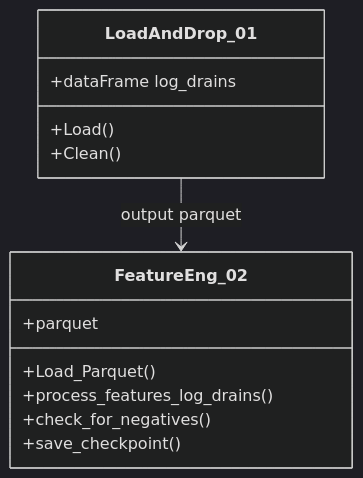
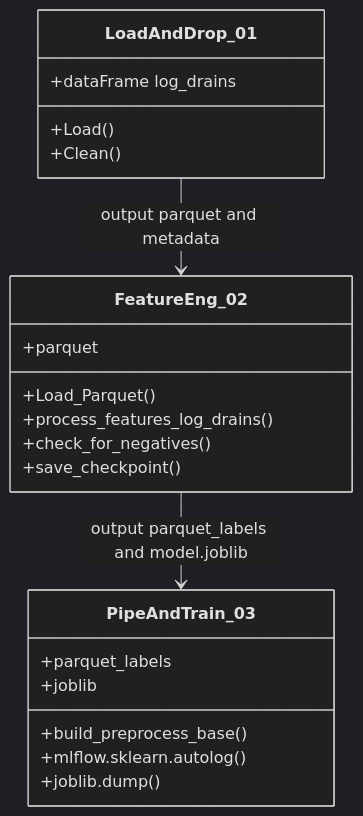
One commit to Groltjor/LogHound changed the diagram in src/utils/build/README.MD. Above: the diagram before and after it, drawn with Mermaid (dark theme).

Commit message:
Update del Proceso Final

````diff
--- a/src/utils/build/README.MD
+++ b/src/utils/build/README.MD
@@ -3,18 +3,27 @@
 ```mermaid
 classDiagram
     class LoadAndDrop_01 {
         +dataFrame log_drains
         +Load()
         +Clean()
     }
 
     class FeatureEng_02 {
         +parquet
         +Load_Parquet()
         +process_features_log_drains()
         +check_for_negatives()
         +save_checkpoint()
     }
 
-    LoadAndDrop_01 --> FeatureEng_02 : output parquet
+    class PipeAndTrain_03 {
+        +parquet_labels
+        +joblib
+        +build_preprocess_base()
+        +mlflow.sklearn.autolog()
+        +joblib.dump()
+    }
+
+    LoadAndDrop_01 --> FeatureEng_02 : output parquet and metadata
+    FeatureEng_02 --> PipeAndTrain_03 : output parquet_labels and model.joblib
 ```
````
